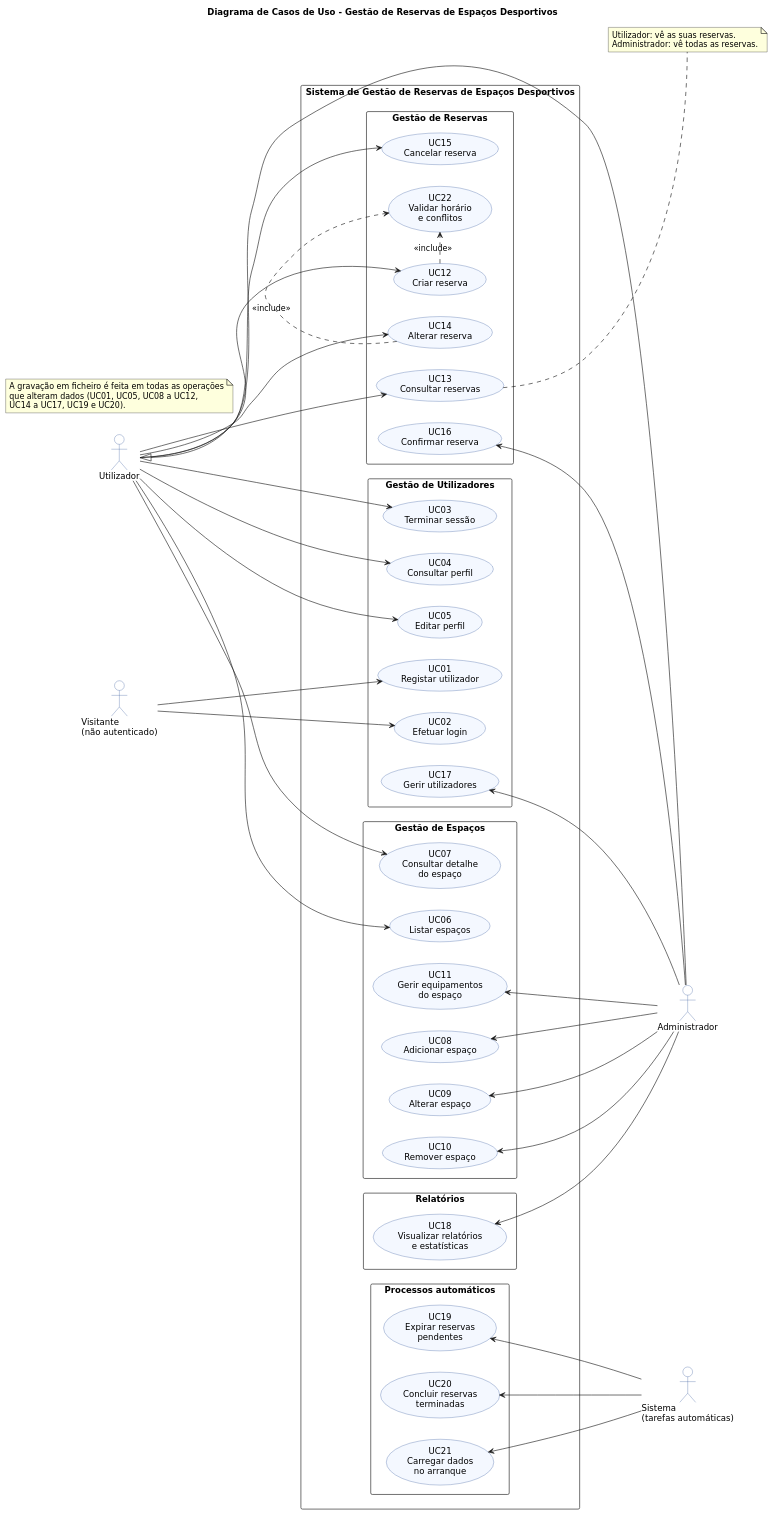
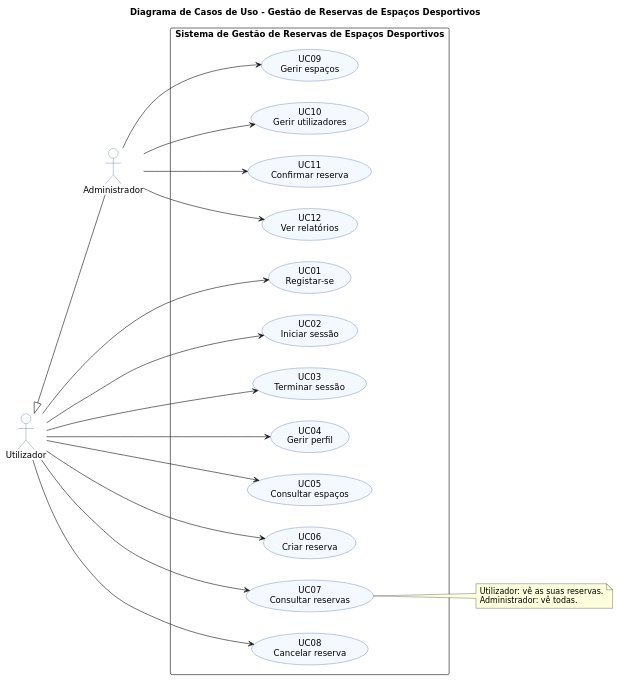
The diagram in DA_JS_LP/E1/01_casos_de_uso.puml (SilvaCDC297/ProjetoPOO), drawn with PlantUML before and after one commit. The commit also changed 16 other files, not shown here.

```diff
--- a/DA_JS_LP/E1/01_casos_de_uso.puml
+++ b/DA_JS_LP/E1/01_casos_de_uso.puml
@@ -1,101 +1,55 @@
 @startuml
 title Diagrama de Casos de Uso – Gestão de Reservas de Espaços Desportivos
 left to right direction
 skinparam shadowing false
 skinparam packageStyle rectangle
 skinparam defaultFontName DejaVu Sans
 skinparam usecase {
   BackgroundColor #F4F8FF
   BorderColor #2F5597
 }
 skinparam actor {
   BackgroundColor #FFFFFF
   BorderColor #2F5597
 }
 
-actor "Visitante\n(não autenticado)" as V
 actor "Utilizador" as U
 actor "Administrador" as A
-actor "Sistema\n(tarefas automáticas)" as S
 
 U <|-- A
 
 rectangle "Sistema de Gestão de Reservas de Espaços Desportivos" {
+  usecase "UC01\nRegistar-se" as UC01
+  usecase "UC02\nIniciar sessão" as UC02
+  usecase "UC03\nTerminar sessão" as UC03
+  usecase "UC04\nGerir perfil" as UC04
+  usecase "UC05\nConsultar espaços" as UC05
+  usecase "UC06\nCriar reserva" as UC06
+  usecase "UC07\nConsultar reservas" as UC07
+  usecase "UC08\nCancelar reserva" as UC08
 
-  package "Gestão de Utilizadores" {
-    usecase "UC01\nRegistar utilizador" as UC01
-    usecase "UC02\nEfetuar login" as UC02
-    usecase "UC03\nTerminar sessão" as UC03
-    usecase "UC04\nConsultar perfil" as UC04
-    usecase "UC05\nEditar perfil" as UC05
-    usecase "UC17\nGerir utilizadores" as UC17
-  }
-
-  package "Gestão de Espaços" {
-    usecase "UC06\nListar espaços" as UC06
-    usecase "UC07\nConsultar detalhe\ndo espaço" as UC07
-    usecase "UC08\nAdicionar espaço" as UC08
-    usecase "UC09\nAlterar espaço" as UC09
-    usecase "UC10\nRemover espaço" as UC10
-    usecase "UC11\nGerir equipamentos\ndo espaço" as UC11
-  }
-
-  package "Gestão de Reservas" {
-    usecase "UC12\nCriar reserva" as UC12
-    usecase "UC13\nConsultar reservas" as UC13
-    usecase "UC14\nAlterar reserva" as UC14
-    usecase "UC15\nCancelar reserva" as UC15
-    usecase "UC16\nConfirmar reserva" as UC16
-    usecase "UC22\nValidar horário\ne conflitos" as UC22
-  }
-
-  package "Relatórios" {
-    usecase "UC18\nVisualizar relatórios\ne estatísticas" as UC18
-  }
-
-  package "Processos automáticos" {
-    usecase "UC19\nExpirar reservas\npendentes" as UC19
-    usecase "UC20\nConcluir reservas\nterminadas" as UC20
-    usecase "UC21\nCarregar dados\nno arranque" as UC21
-  }
+  usecase "UC09\nGerir espaços" as UC09
+  usecase "UC10\nGerir utilizadores" as UC10
+  usecase "UC11\nConfirmar reserva" as UC11
+  usecase "UC12\nVer relatórios" as UC12
 }
 
-V --> UC01
-V --> UC02
-
+U --> UC01
+U --> UC02
 U --> UC03
 U --> UC04
 U --> UC05
 U --> UC06
 U --> UC07
-U --> UC12
-U --> UC13
-U --> UC14
-U --> UC15
+U --> UC08
 
-UC08 <-- A
-UC09 <-- A
-UC10 <-- A
-UC11 <-- A
-UC16 <-- A
-UC17 <-- A
-UC18 <-- A
+A --> UC09
+A --> UC10
+A --> UC11
+A --> UC12
 
-UC19 <-- S
-UC20 <-- S
-UC21 <-- S
-
-UC12 .> UC22 : <<include>>
-UC14 .> UC22 : <<include>>
-
-note right of UC13
+note right of UC07
   Utilizador: vê as suas reservas.
-  Administrador: vê todas as reservas.
-end note
-
-note as N2
-  A gravação em ficheiro é feita em todas as operações
-  que alteram dados (UC01, UC05, UC08 a UC12,
-  UC14 a UC17, UC19 e UC20).
+  Administrador: vê todas.
 end note
 @enduml
```
